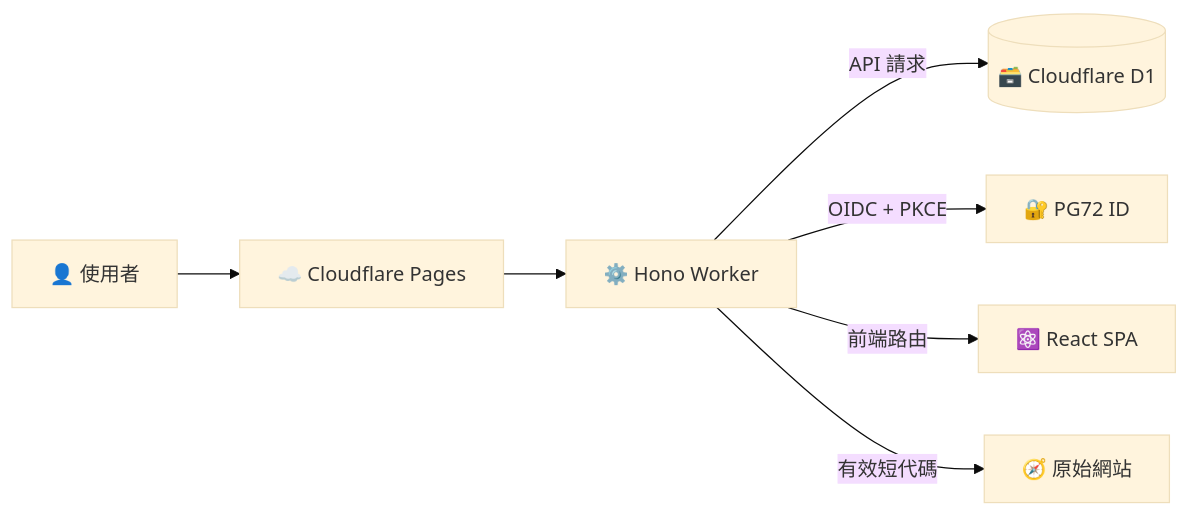
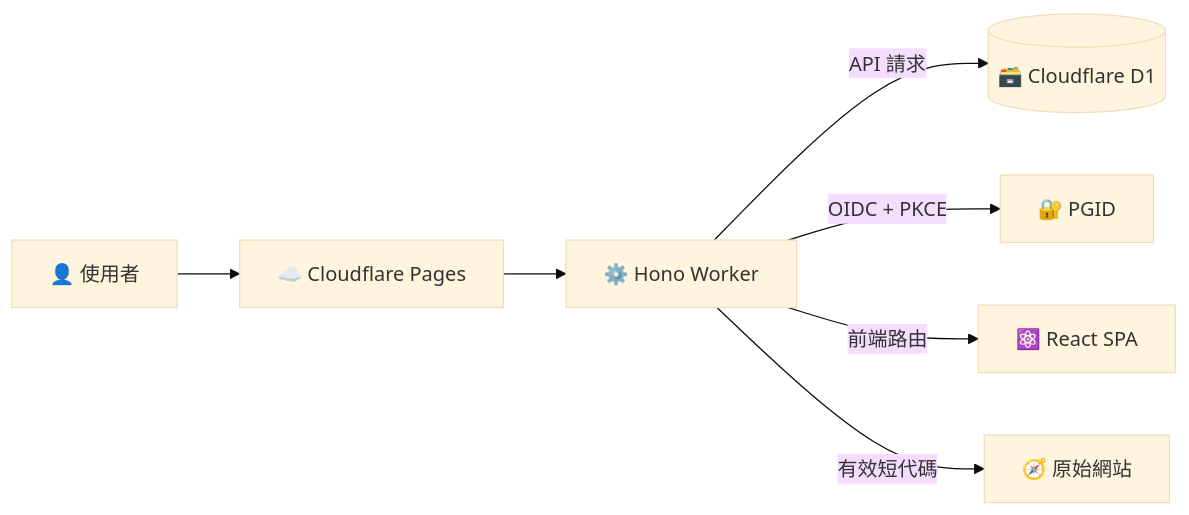
One commit to PGpenguin72/link-short changed the first of 3 diagrams in README.md. Above: the diagram before and after it, drawn with Mermaid (base theme). The commit also changed other lines of this file and 2 other files, not shown here.

First line of the commit message:
Rename product name PG72 ID to PGID in user-facing copy

````diff
--- a/README.md
+++ b/README.md
@@ -36,9 +36,9 @@
 ```mermaid
 flowchart LR
     User[👤 使用者] --> Edge[☁️ Cloudflare Pages]
     Edge --> Worker[⚙️ Hono Worker]
     Worker -->|API 請求| D1[(🗃️ Cloudflare D1)]
-    Worker -->|OIDC + PKCE| OAuth[🔐 PG72 ID]
+    Worker -->|OIDC + PKCE| OAuth[🔐 PGID]
     Worker -->|前端路由| Assets[⚛️ React SPA]
     Worker -->|有效短代碼| Target[🧭 原始網站]
 ```
````
